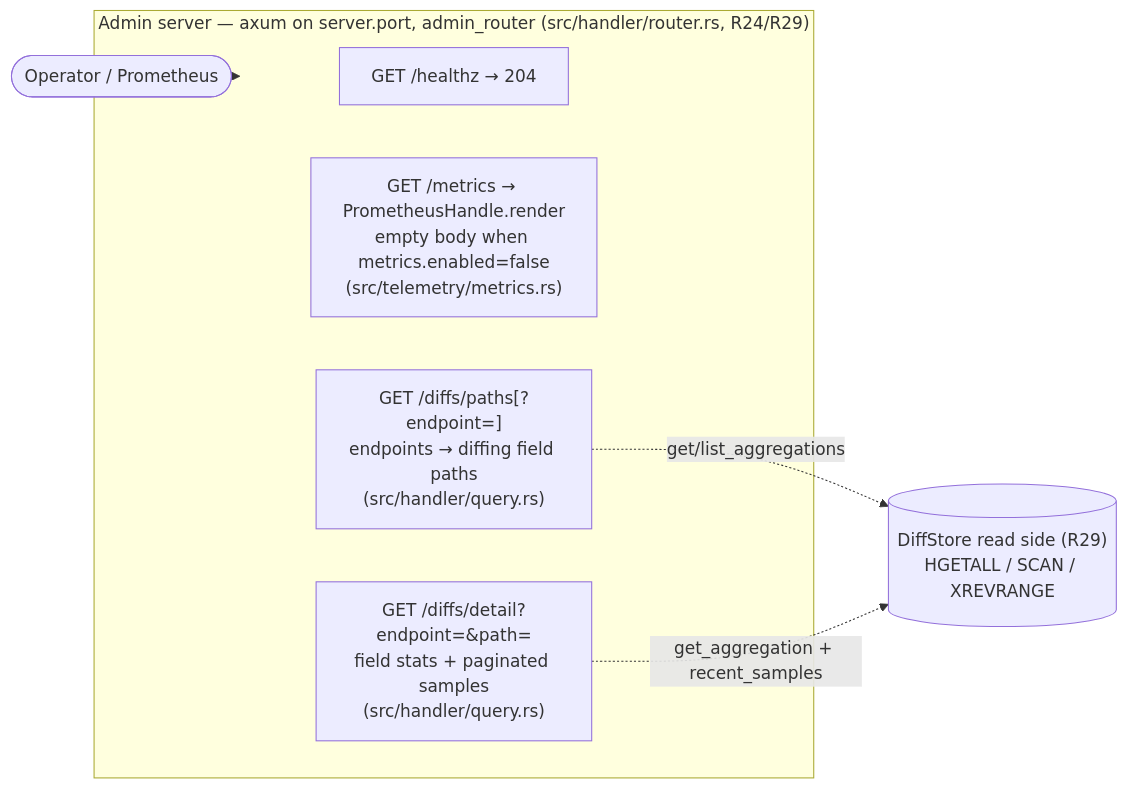
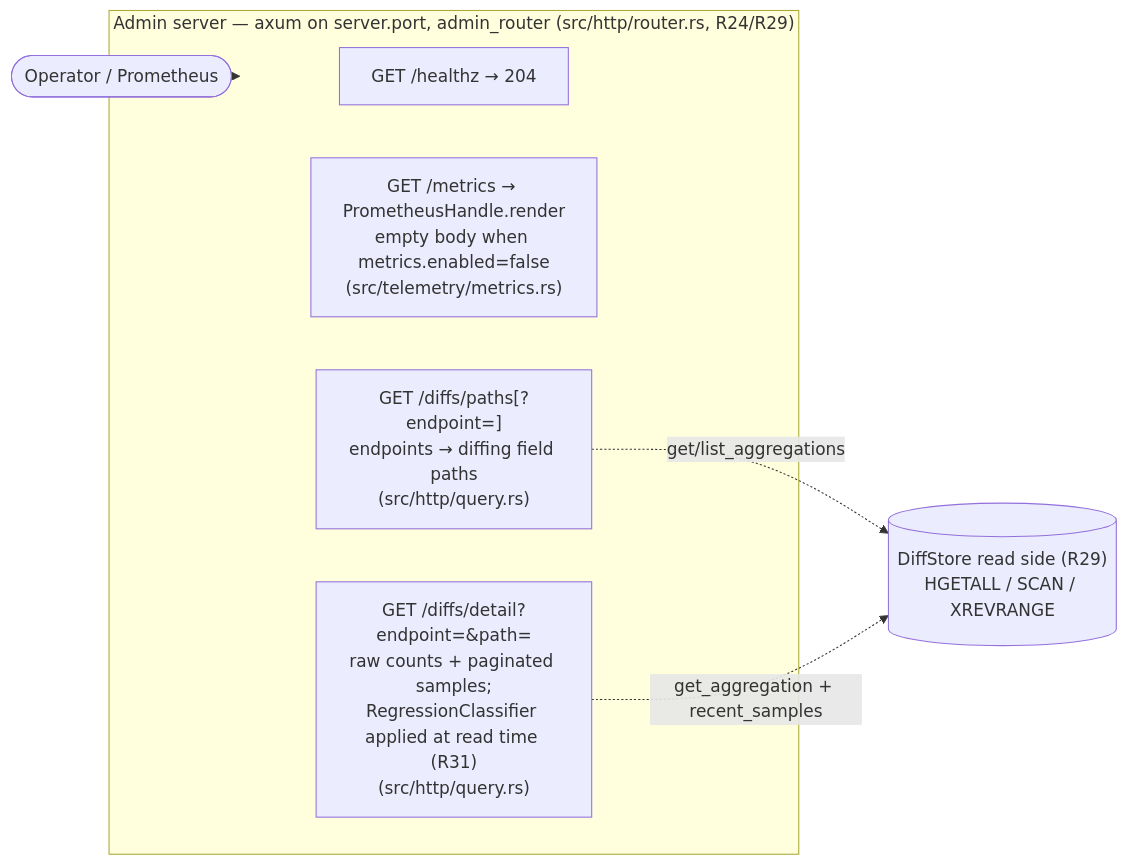
Before and after one commit to smf8/riffy: the second of 2 diagrams in docs/architecture.md, drawn with Mermaid. The commit also changed other lines of this file and 40 other files, not shown here.

````diff
--- a/docs/architecture.md
+++ b/docs/architecture.md
@@ -90,15 +89,15 @@
 ```mermaid
 flowchart LR
     operator(["Operator / Prometheus"]) --> admin
 
-    subgraph admin ["Admin server — axum on server.port, admin_router (src/handler/router.rs, R24/R29)"]
+    subgraph admin ["Admin server — axum on server.port, admin_router (src/http/router.rs, R24/R29)"]
         hz["GET /healthz → 204"]
         mx["GET /metrics → PrometheusHandle.render<br/>empty body when metrics.enabled=false<br/>(src/telemetry/metrics.rs)"]
-        paths["GET /diffs/paths[?endpoint=]<br/>endpoints → diffing field paths<br/>(src/handler/query.rs)"]
-        detail["GET /diffs/detail?endpoint=&path=<br/>field stats + paginated samples<br/>(src/handler/query.rs)"]
+        paths["GET /diffs/paths[?endpoint=]<br/>endpoints → diffing field paths<br/>(src/http/query.rs)"]
+        detail["GET /diffs/detail?endpoint=&path=<br/>raw counts + paginated samples;<br/>RegressionClassifier applied at read time (R31)<br/>(src/http/query.rs)"]
     end
 
     paths -. "get/list_aggregations" .-> readstore
     detail -. "get_aggregation + recent_samples" .-> readstore
     readstore[("DiffStore read side (R29)<br/>HGETALL / SCAN / XREVRANGE")]
 ```
````
